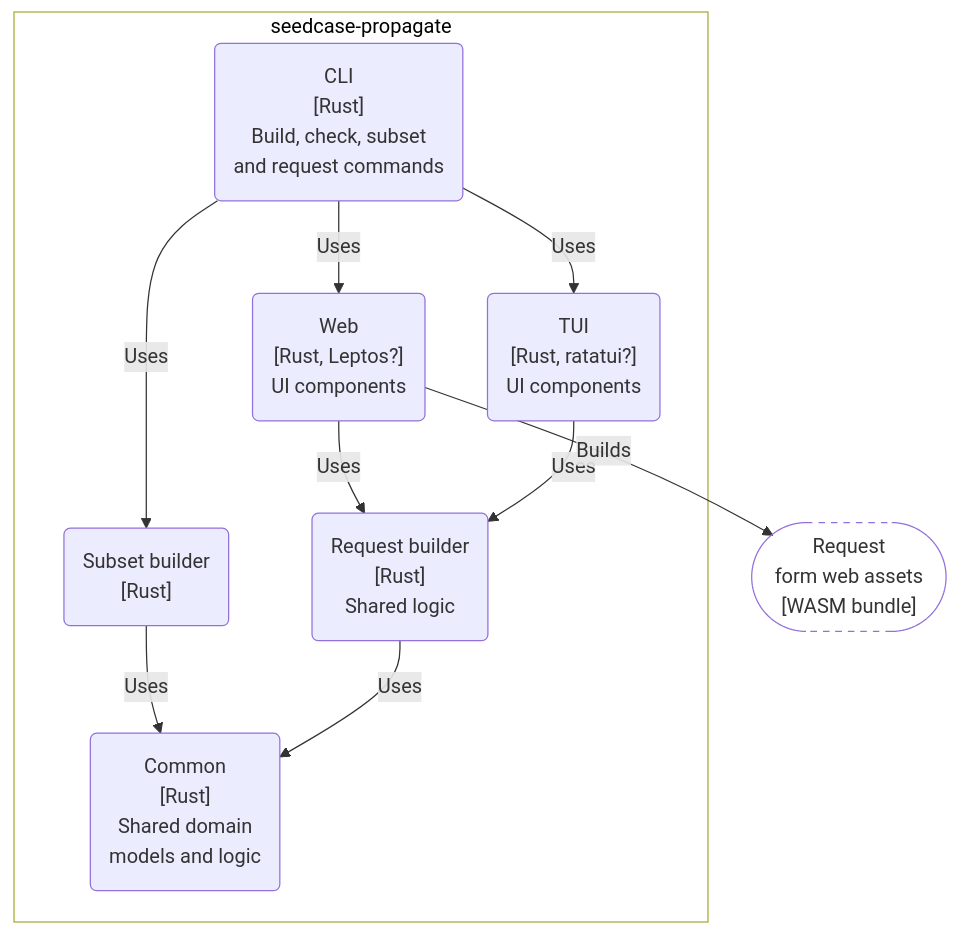
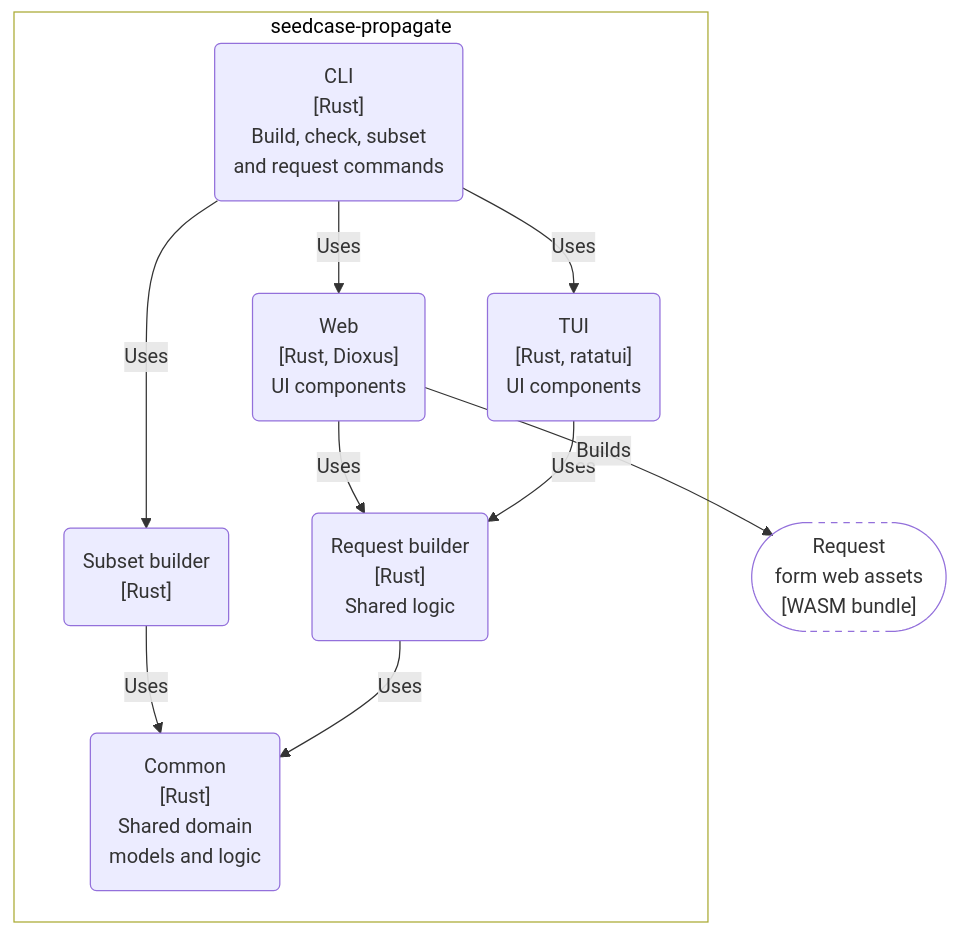
The second of 2 diagrams in docs/design/architecture.qmd (seedcase-project/seedcase-propagate), drawn with Mermaid before and after one commit. The commit also changed other lines of this file and 1 other file, not shown here.

````diff
--- a/docs/design/architecture.qmd
+++ b/docs/design/architecture.qmd
@@ -137,33 +202,33 @@
 ```{mermaid}
 %%| label: fig-c4-container
 %%| fig-cap: >-
 %%|   C4 container diagram showing the main Rust crates in Propagate and the
 %%|   command-line interface.
 
 flowchart TD
 
   subgraph "seedcase-propagate"
     common("Common<br>[Rust]<br>Shared domain<br>models and logic")
     request_builder("Request builder<br>[Rust]<br>Shared logic")
     subset_builder("Subset builder<br>[Rust]")
-    web("Web<br>[Rust, Leptos?]<br>UI components")
-    tui("TUI<br>[Rust, ratatui?]<br>UI components")
+    web("Web<br>[Rust, Dioxus]<br>UI components")
+    tui("TUI<br>[Rust, ratatui]<br>UI components")
     cli("CLI<br>[Rust]<br>Build, check, subset<br>and request commands")
 
     subset_builder -- "Uses" --> common
     request_builder -- "Uses" --> common
     web -- "Uses" --> request_builder
     tui -- "Uses" --> request_builder
     cli -- "Uses" --> subset_builder
     cli -- "Uses" --> web
     cli -- "Uses" --> tui
   end
 
   form_assets(["Request<br>form web assets<br>[WASM bundle]"])
 
   web --"Builds"--> form_assets
 
   %% Styling
   style seedcase-propagate fill:#FFFFFF, color:#000000
   style form_assets fill:transparent, stroke-dasharray: 5 5
 ```
````
